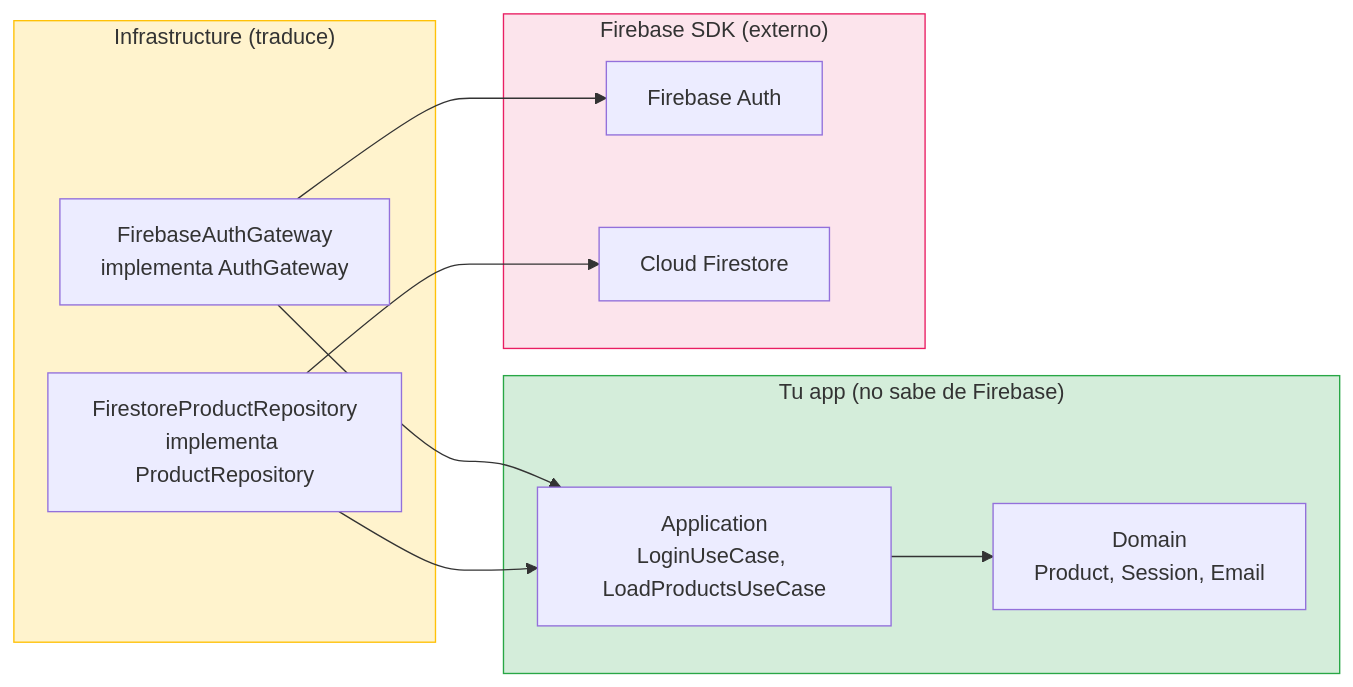
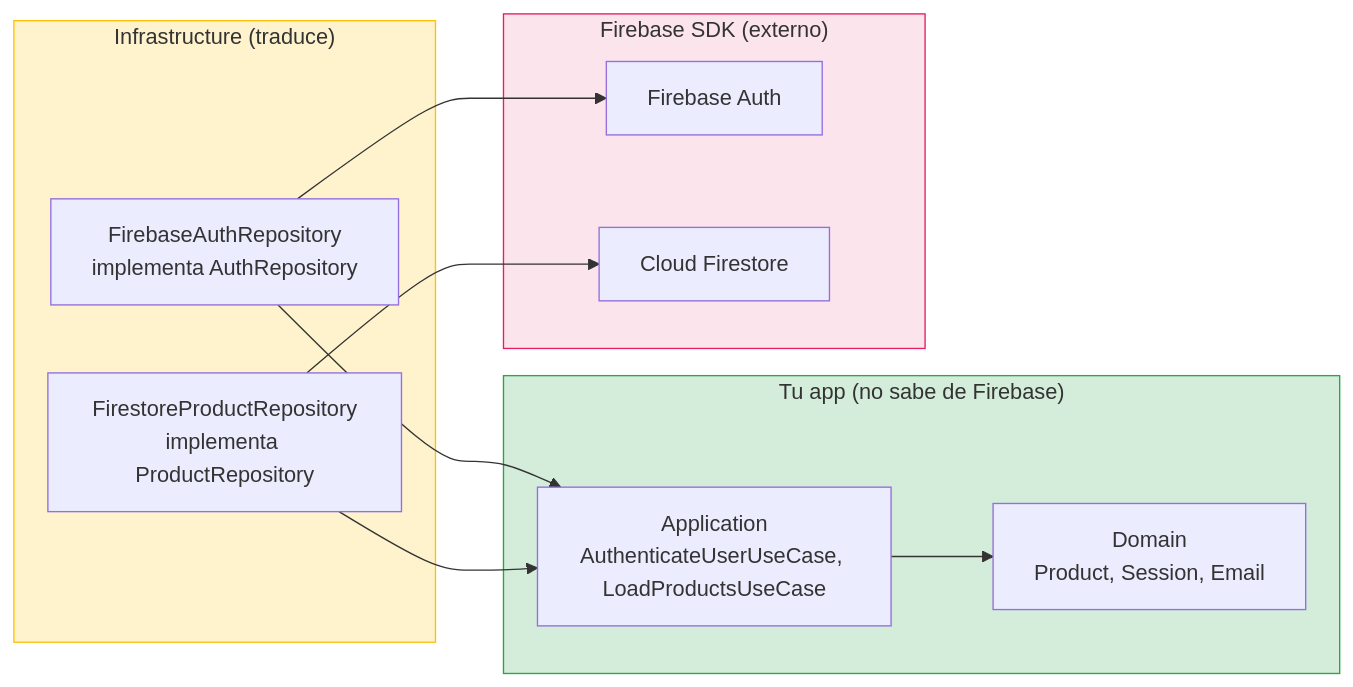
One commit to SwiftEnProfundidad/stack-my-architecture-ios changed the diagram in 03-evolucion/07-backend-firebase.md. Above: the diagram before and after it, drawn with Mermaid. The commit also changed other lines of this file and 50 other files, not shown here.

````diff
--- a/03-evolucion/07-backend-firebase.md
+++ b/03-evolucion/07-backend-firebase.md
@@ -30,27 +30,27 @@
 ```mermaid
 graph LR
     subgraph CORE["Tu app (no sabe de Firebase)"]
         D["Domain<br/>Product, Session, Email"]
-        A["Application<br/>LoginUseCase, LoadProductsUseCase"]
+        A["Application<br/>AuthenticateUserUseCase, LoadProductsUseCase"]
     end
 
     subgraph INFRA["Infrastructure (traduce)"]
-        FBA["FirebaseAuthGateway<br/>implementa AuthGateway"]
+        FBA["FirebaseAuthRepository<br/>implementa AuthRepository"]
         FBR["FirestoreProductRepository<br/>implementa ProductRepository"]
     end
 
     subgraph SDK["Firebase SDK (externo)"]
         AUTH["Firebase Auth"]
         FS["Cloud Firestore"]
     end
 
     A --> D
     FBA --> A
     FBR --> A
     FBA --> AUTH
     FBR --> FS
 
     style CORE fill:#d4edda,stroke:#28a745
     style INFRA fill:#fff3cd,stroke:#ffc107
     style SDK fill:#fce4ec,stroke:#e91e63
 ```
````
